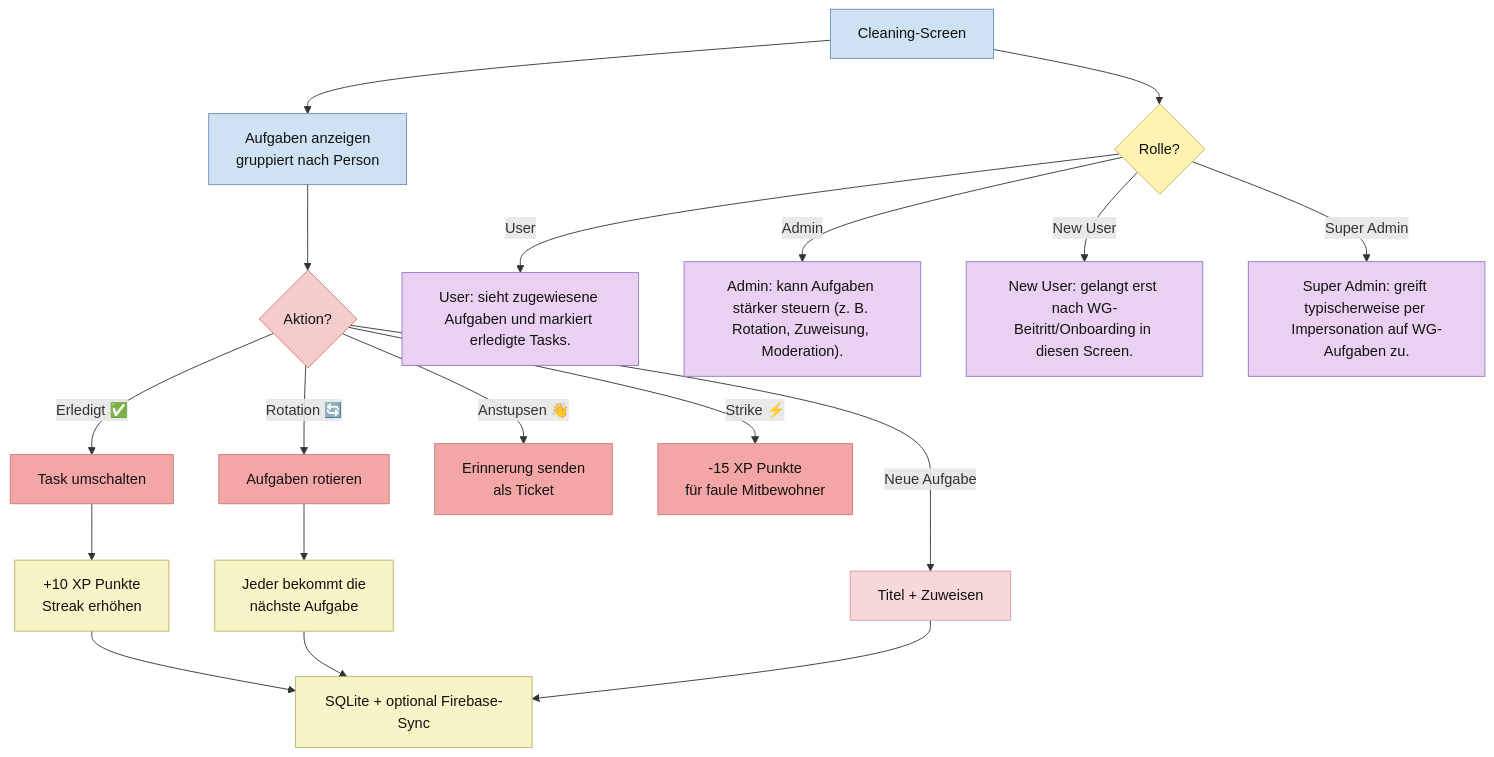
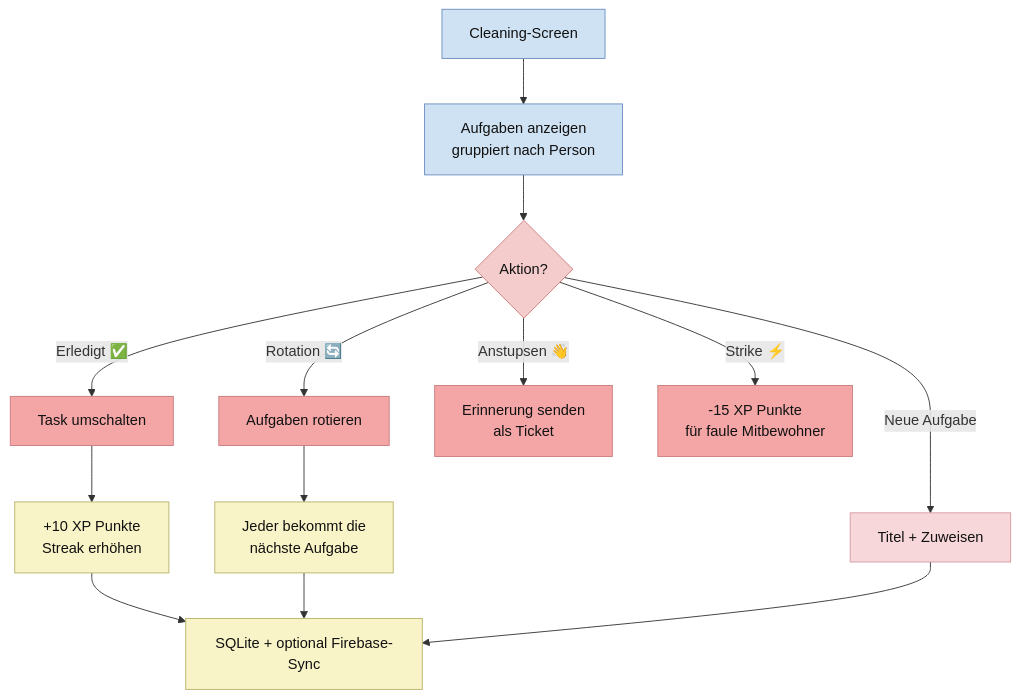
The fifth of 27 diagrams in ABLAUFDIAGRAMM.md (Nejy190501/WGManager), drawn with Mermaid before and after one commit. The commit also changed other lines of this file, not shown here.

````diff
--- a/ABLAUFDIAGRAMM.md
+++ b/ABLAUFDIAGRAMM.md
@@ -279,45 +240,32 @@
 ```mermaid
 flowchart TD
     A["Cleaning-Screen"] --> B["Aufgaben anzeigen<br/>gruppiert nach Person"]
     B --> C{"Aktion?"}
     C -->|Erledigt ✅| D["Task umschalten"]
     D --> E["+10 XP Punkte<br/>Streak erhöhen"]
     E --> F["SQLite + optional Firebase-Sync"]
-    
+
     C -->|Rotation 🔄| G["Aufgaben rotieren"]
     G --> H["Jeder bekommt die<br/>nächste Aufgabe"]
     H --> F
-    
+
     C -->|Neue Aufgabe| I["Titel + Zuweisen"]
     I --> F
-    
+
     C -->|Anstupsen 👋| J["Erinnerung senden<br/>als Ticket"]
     C -->|Strike ⚡| K["-15 XP Punkte<br/>für faule Mitbewohner"]
-
-
-    A --> RLQ{"Rolle?"}
-    RLU["User: sieht zugewiesene Aufgaben und markiert erledigte Tasks."]
-    RLA["Admin: kann Aufgaben stärker steuern (z. B. Rotation, Zuweisung, Moderation)."]
-    RLN["New User: gelangt erst nach WG-Beitritt/Onboarding in diesen Screen."]
-    RLS["Super Admin: greift typischerweise per Impersonation auf WG-Aufgaben zu."]
-    RLQ -->|User| RLU
-    RLQ -->|Admin| RLA
-    RLQ -->|New User| RLN
-    RLQ -->|Super Admin| RLS
 
     classDef userAction fill:#ead1f2,stroke:#8e7cc3,color:#111;
     classDef systemAction fill:#f9f4c7,stroke:#b7b26a,color:#111;
     classDef userDecision fill:#f4cccc,stroke:#cc7a7a,color:#111;
     classDef systemDecision fill:#fff2b2,stroke:#c9b458,color:#111;
     classDef button fill:#f4a6a6,stroke:#c97b7b,color:#111;
     classDef userInput fill:#f8d7da,stroke:#d49aa2,color:#111;
     classDef screen fill:#cfe2f3,stroke:#6c8ebf,color:#111;
 
     class E,F,H systemAction;
     class C userDecision;
     class D,G,J,K button;
     class I userInput;
     class A,B screen;
-    class RLQ systemDecision;
-    class RLU,RLA,RLN,RLS userAction;
 ```
````
